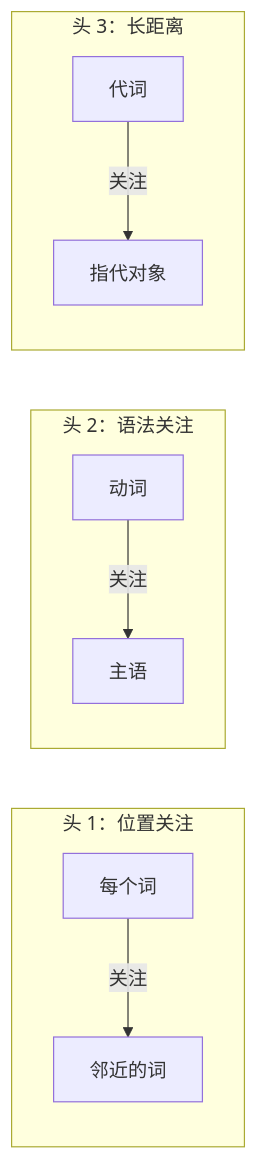
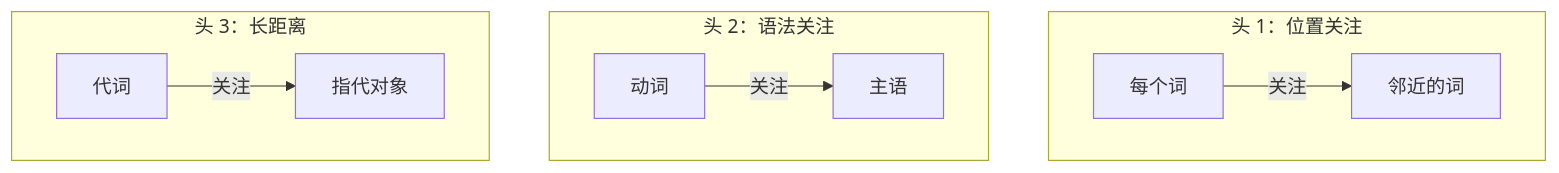
One commit to yeasy/llm_internals changed the diagram in 02_attention/2.3_multi_head.md. Above: the diagram before and after it, drawn with Mermaid. The commit also changed other lines of this file and 50 other files, not shown here.

````diff
--- a/02_attention/2.3_multi_head.md
+++ b/02_attention/2.3_multi_head.md
@@ -53,14 +53,14 @@
 ```mermaid
-graph LR
+graph TD
     subgraph head1["头 1：位置关注"]
         a1["每个词"] -->|"关注"| b1["邻近的词"]
     end
 
     subgraph head2["头 2：语法关注"]
         a2["动词"] -->|"关注"| b2["主语"]
     end
 
     subgraph head3["头 3：长距离"]
         a3["代词"] -->|"关注"| b3["指代对象"]
     end
 ```
````
